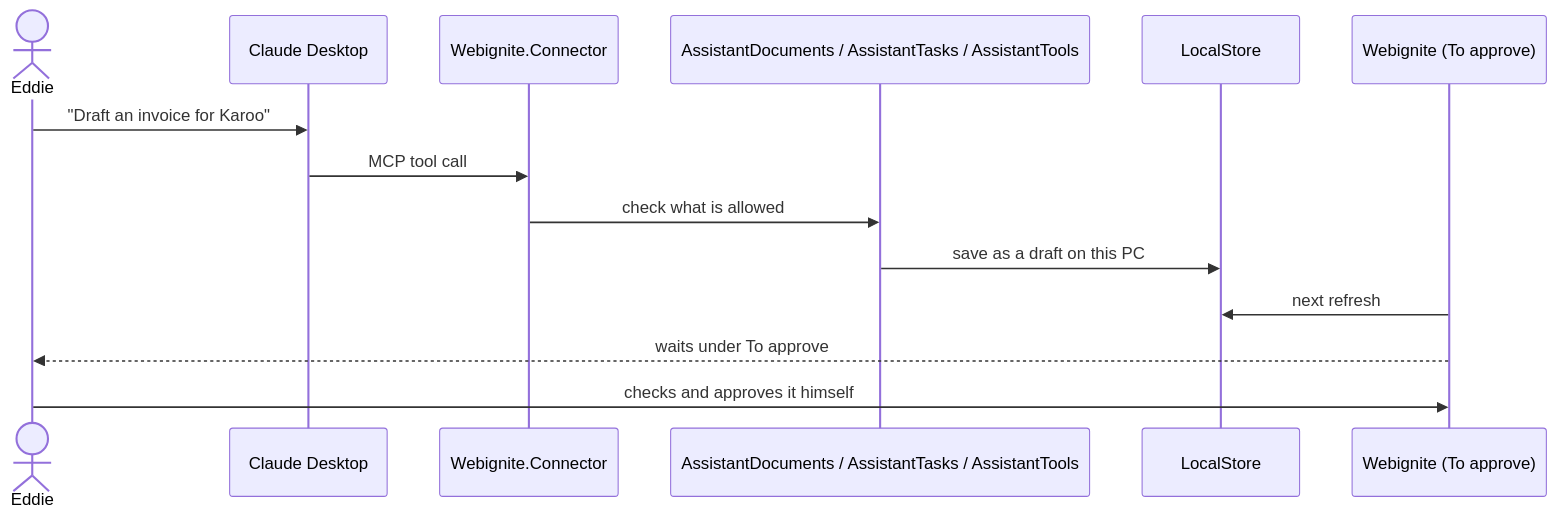
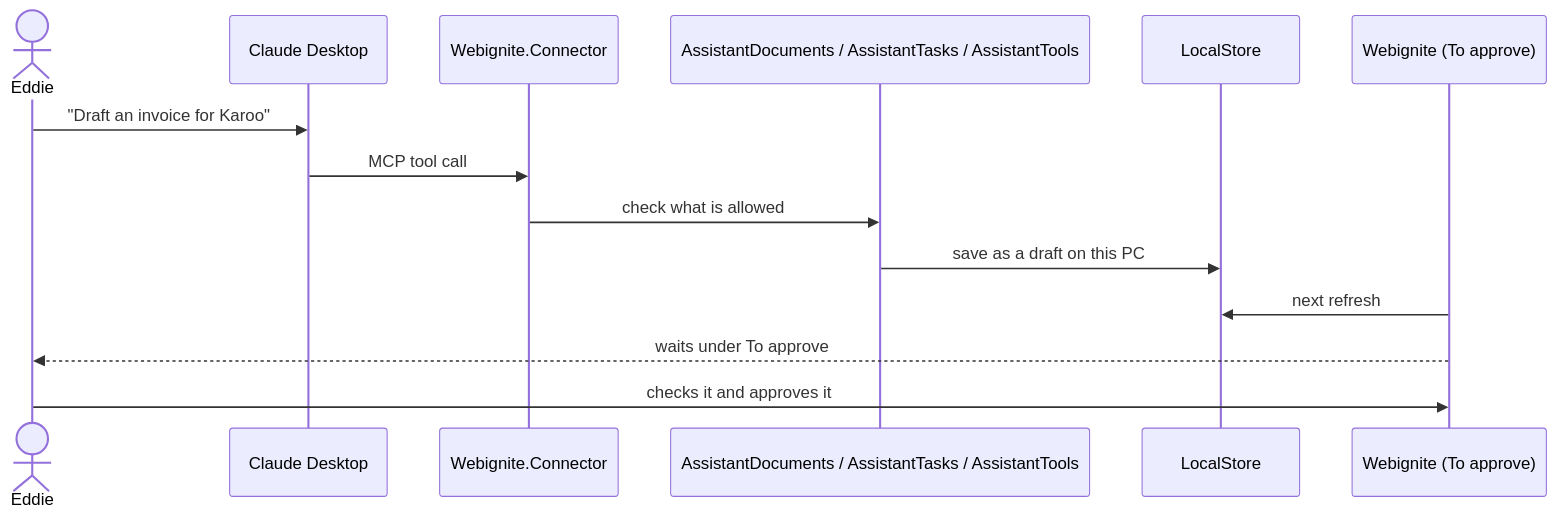
The ninth of 9 diagrams in docs/architecture.md (EdWebIgnite/Webignite-Desktop), drawn with Mermaid before and after one commit.

Commit message:
Docs: neutral wording in the assistant flow
Claude-Session: https://claude.ai/code/session_01FfbT5mJB8UjwVX8WaYaeM7

````diff
--- a/docs/architecture.md
+++ b/docs/architecture.md
@@ -263,17 +263,17 @@
 ```mermaid
 sequenceDiagram
     actor Eddie
     participant AI as Claude Desktop
     participant Conn as Webignite.Connector
     participant Rules as AssistantDocuments / AssistantTasks / AssistantTools
     participant Store as LocalStore
     participant App as Webignite (To approve)
 
     Eddie->>AI: "Draft an invoice for Karoo"
     AI->>Conn: MCP tool call
     Conn->>Rules: check what is allowed
     Rules->>Store: save as a draft on this PC
     App->>Store: next refresh
     App-->>Eddie: waits under To approve
-    Eddie->>App: checks and approves it himself
+    Eddie->>App: checks it and approves it
 ```
````
